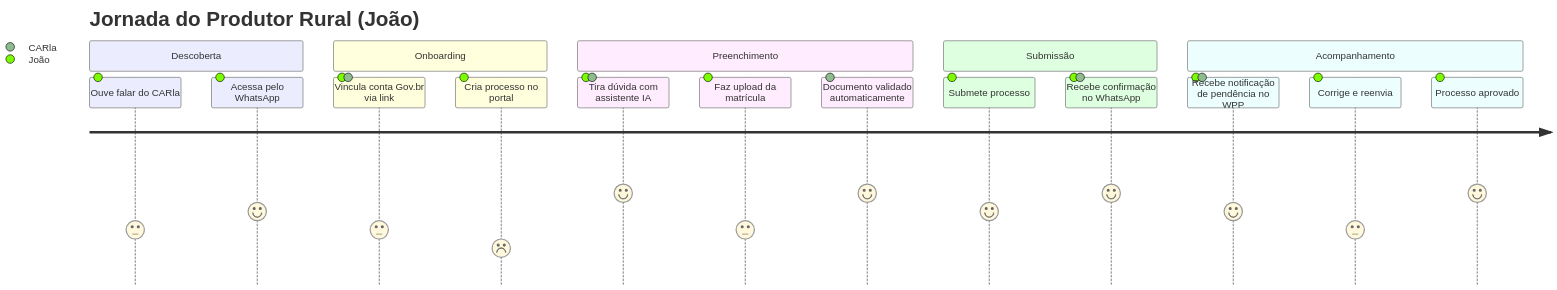
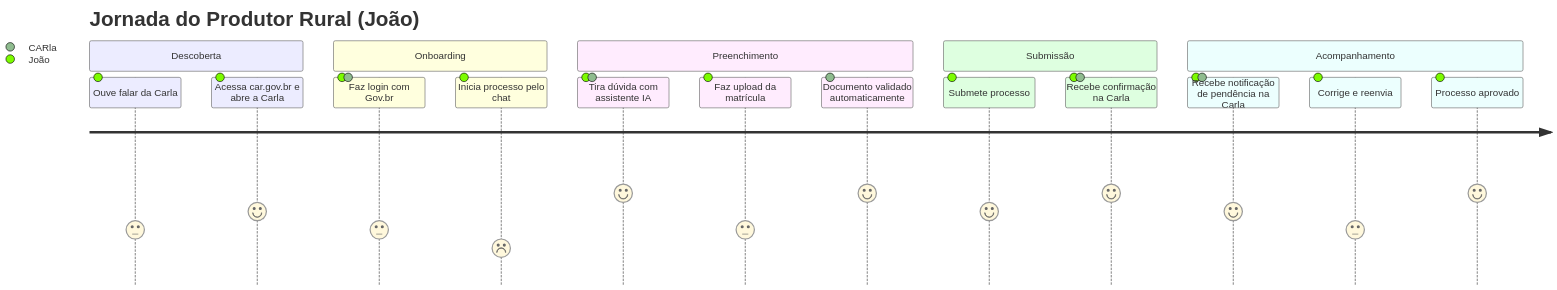
Before and after one commit to gresas/carla-cadastro-rural: the diagram in website/docs/design/personas.md, drawn with Mermaid. The commit also changed other lines of this file and 32 other files, not shown here.

First line of the commit message:
docs: atualizar paradigma do canal WhatsApp → interface web própria

````diff
--- a/website/docs/design/personas.md
+++ b/website/docs/design/personas.md
@@ -91,21 +91,21 @@
 ```mermaid
 journey
     title Jornada do Produtor Rural (João)
     section Descoberta
-      Ouve falar do CARla: 3: João
-      Acessa pelo WhatsApp: 4: João
+      Ouve falar da Carla: 3: João
+      Acessa car.gov.br e abre a Carla: 4: João
     section Onboarding
-      Vincula conta Gov.br via link: 3: João, CARla
-      Cria processo no portal: 2: João
+      Faz login com Gov.br: 3: João, CARla
+      Inicia processo pelo chat: 2: João
     section Preenchimento
       Tira dúvida com assistente IA: 5: João, CARla
       Faz upload da matrícula: 3: João
       Documento validado automaticamente: 5: CARla
     section Submissão
       Submete processo: 4: João
-      Recebe confirmação no WhatsApp: 5: João, CARla
+      Recebe confirmação na Carla: 5: João, CARla
     section Acompanhamento
-      Recebe notificação de pendência no WPP: 4: João, CARla
+      Recebe notificação de pendência na Carla: 4: João, CARla
       Corrige e reenvia: 3: João
       Processo aprovado: 5: João
 ```
````
